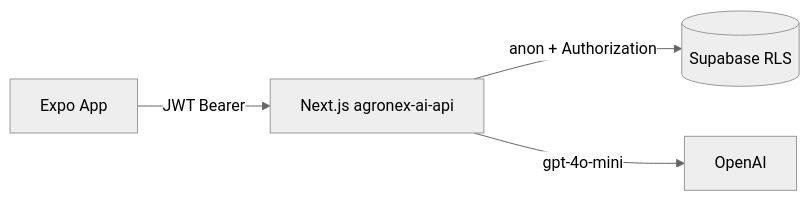
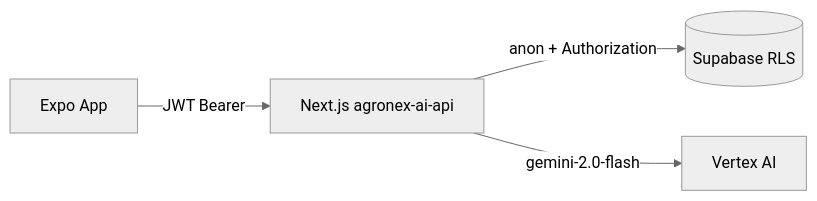
The diagram in docs/AI_PLATFORM_DEPLOY.md (guilhetiger/AgroNex-), drawn with Mermaid (neutral theme) before and after one commit. The commit also changed other lines of this file and 56 other files, not shown here.

````diff
--- a/docs/AI_PLATFORM_DEPLOY.md
+++ b/docs/AI_PLATFORM_DEPLOY.md
@@ -60,6 +66,6 @@
 ```mermaid
 flowchart LR
   Expo[Expo App] -->|JWT Bearer| API[Next.js agronex-ai-api]
   API -->|anon + Authorization| SB[(Supabase RLS)]
-  API -->|gpt-4o-mini| OAI[OpenAI]
+  API -->|gemini-2.0-flash| Vertex[Vertex AI]
 ```
````
